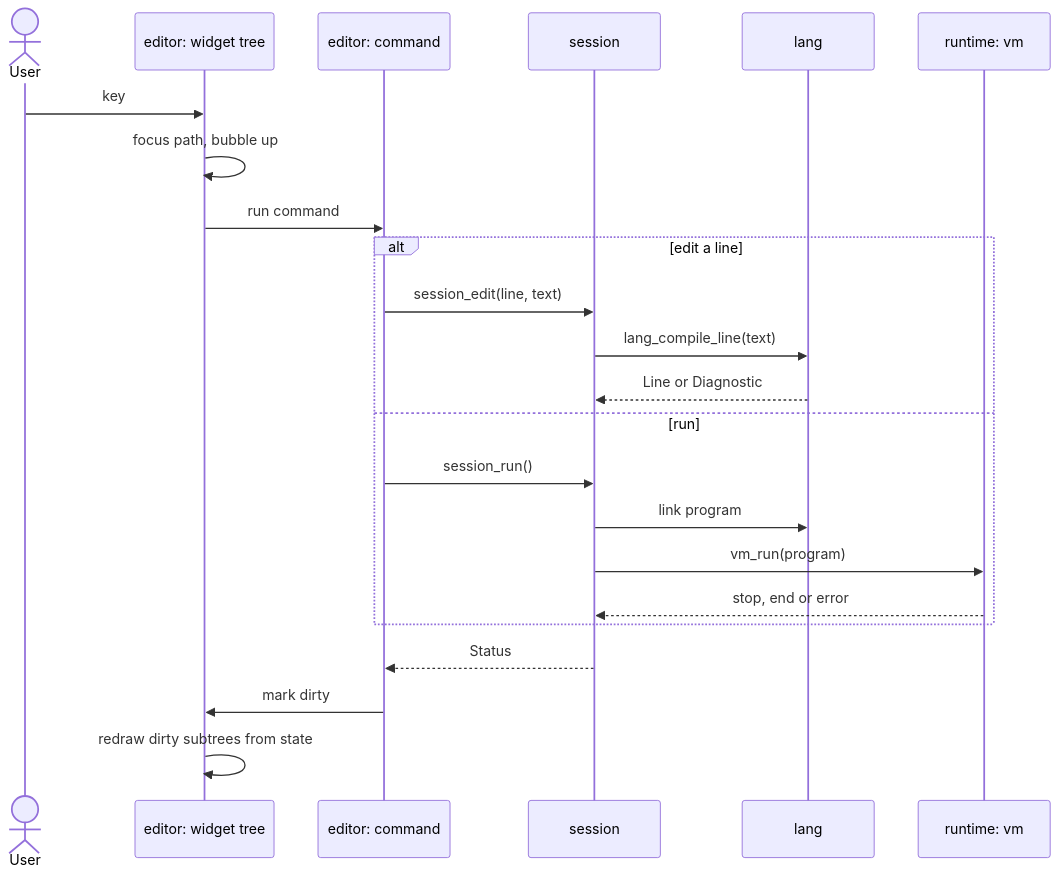
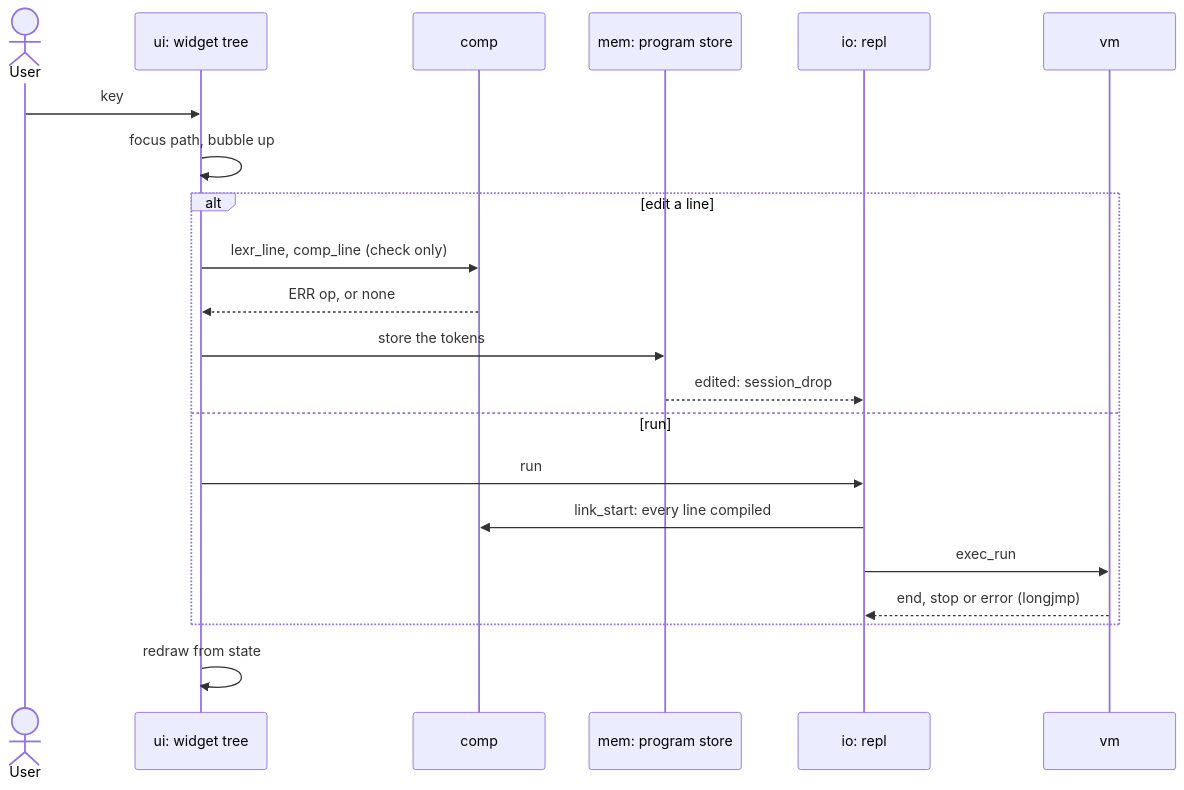
One commit to ali-mosavian/QuickrBasic changed the first of 2 diagrams in docs/architecture.md. Above: the diagram before and after it, drawn with Mermaid. The commit also changed other lines of this file and 7 other files, not shown here.

First line of the commit message:
docs: architecture.md as the code stands

````diff
--- a/docs/architecture.md
+++ b/docs/architecture.md
@@ -74,25 +81,23 @@
 ```mermaid
 sequenceDiagram
     actor User
-    participant W as editor: widget tree
-    participant C as editor: command
-    participant S as session
-    participant L as lang
-    participant V as runtime: vm
+    participant W as ui: widget tree
+    participant C as comp
+    participant P as mem: program store
+    participant R as io: repl
+    participant V as vm
     User->>W: key
     W->>W: focus path, bubble up
-    W->>C: run command
     alt edit a line
-        C->>S: session_edit(line, text)
-        S->>L: lang_compile_line(text)
-        L-->>S: Line or Diagnostic
+        W->>C: lexr_line, comp_line (check only)
+        C-->>W: ERR op, or none
+        W->>P: store the tokens
+        P-->>R: edited: session_drop
     else run
-        C->>S: session_run()
-        S->>L: link program
-        S->>V: vm_run(program)
-        V-->>S: stop, end or error
+        W->>R: run
+        R->>C: link_start: every line compiled
+        R->>V: exec_run
+        V-->>R: end, stop or error (longjmp)
     end
-    S-->>C: Status
-    C->>W: mark dirty
-    W->>W: redraw dirty subtrees from state
+    W->>W: redraw from state
 ```
````
